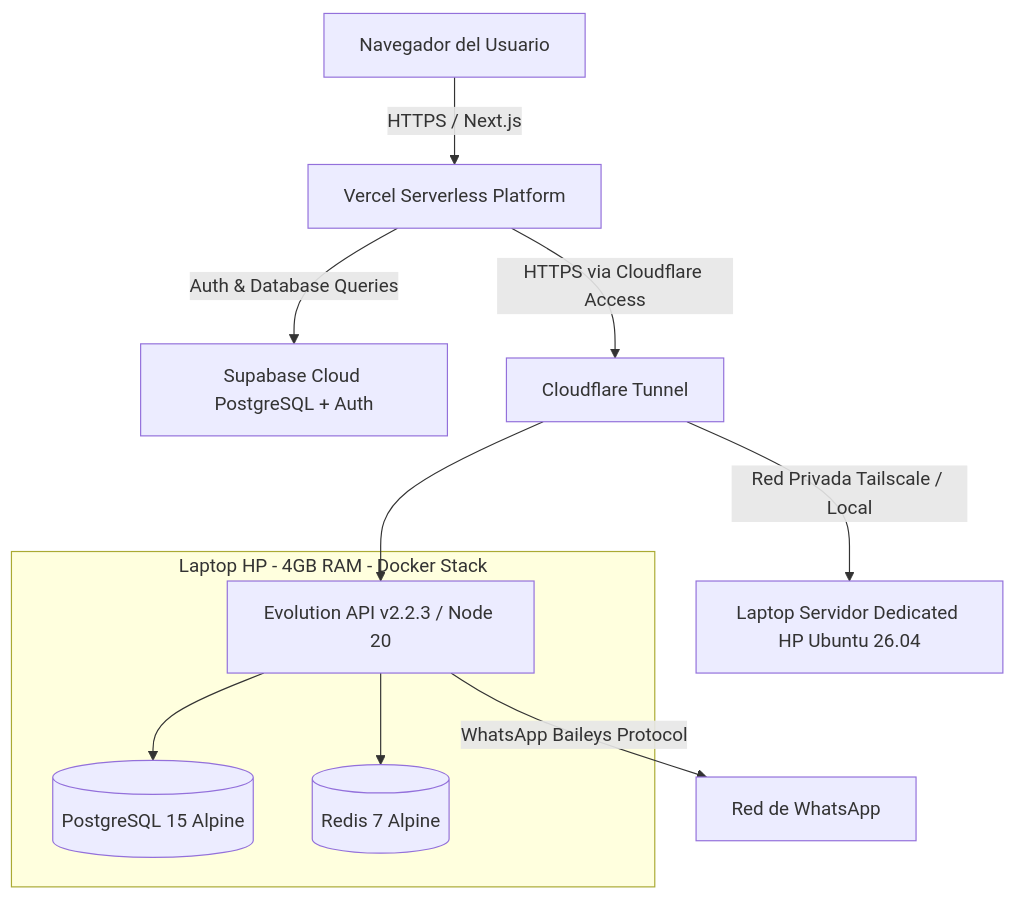
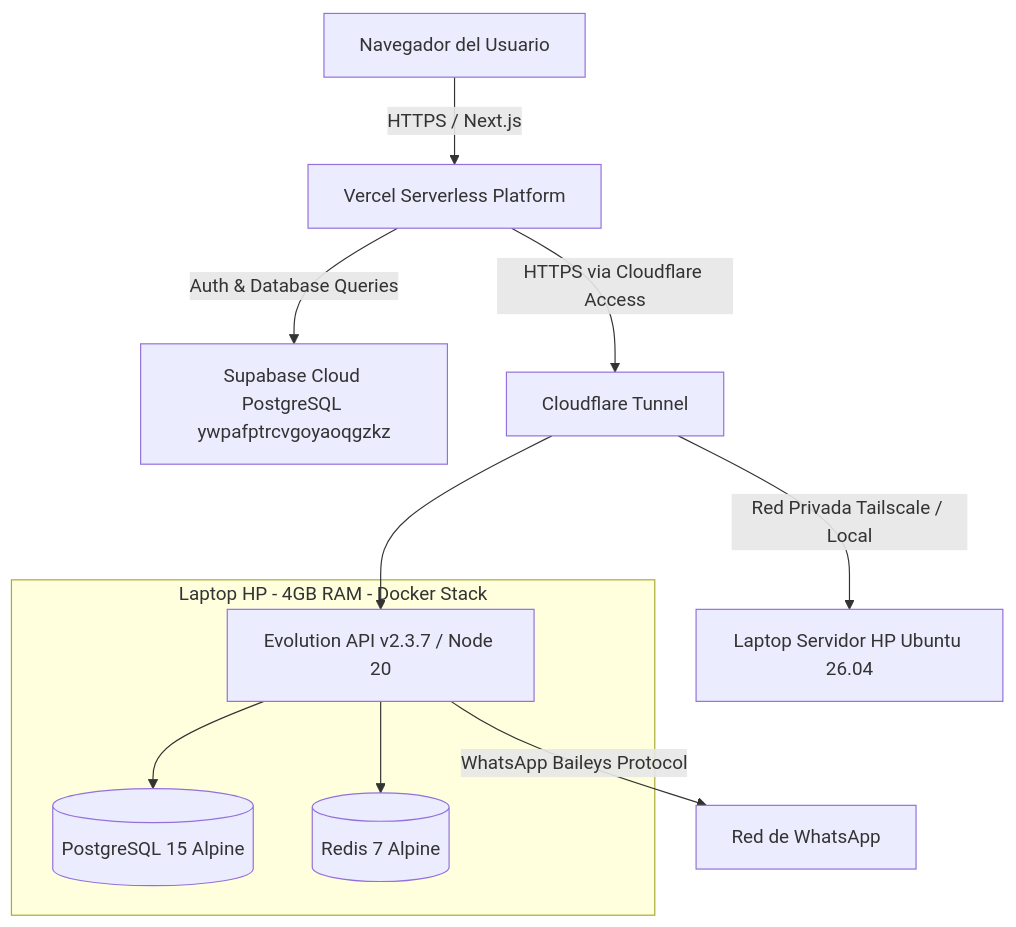
The diagram in docs/refactor/01-baseline/architecture.md (julioroblesb/saas-masivos), drawn with Mermaid before and after one commit. The commit also changed other lines of this file and 3 other files, not shown here.

````diff
--- a/docs/refactor/01-baseline/architecture.md
+++ b/docs/refactor/01-baseline/architecture.md
@@ -5,19 +5,19 @@
 ```mermaid
 graph TD
     Client[Navegador del Usuario] -->|HTTPS / Next.js| Vercel[Vercel Serverless Platform]
-    Vercel -->|Auth & Database Queries| Supabase[Supabase Cloud PostgreSQL + Auth]
+    Vercel -->|Auth & Database Queries| Supabase[Supabase Cloud PostgreSQL ywpafptrcvgoyaoqgzkz]
     Vercel -->|HTTPS via Cloudflare Access| CFTunnel[Cloudflare Tunnel]
-    CFTunnel -->|Red Privada Tailscale / Local| Laptop[Laptop Servidor Dedicated HP Ubuntu 26.04]
+    CFTunnel -->|Red Privada Tailscale / Local| Laptop[Laptop Servidor HP Ubuntu 26.04]
     
     subgraph LaptopServidor [Laptop HP - 4GB RAM - Docker Stack]
-        EvoAPI[Evolution API v2.2.3 / Node 20]
+        EvoAPI[Evolution API v2.3.7 / Node 20]
         EvoPG[(PostgreSQL 15 Alpine)]
         EvoRedis[(Redis 7 Alpine)]
         
         EvoAPI --> EvoPG
         EvoAPI --> EvoRedis
     end
     
     CFTunnel --> EvoAPI
     EvoAPI -->|WhatsApp Baileys Protocol| WA[Red de WhatsApp]
 ```
````
